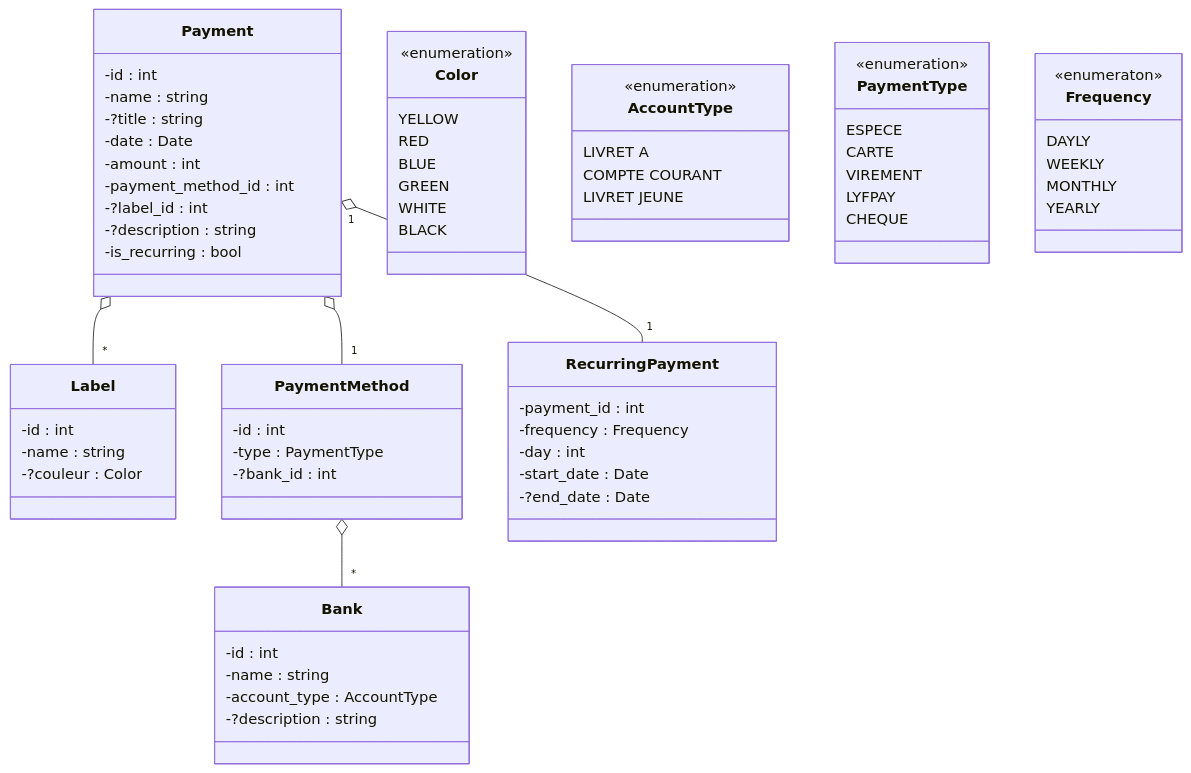
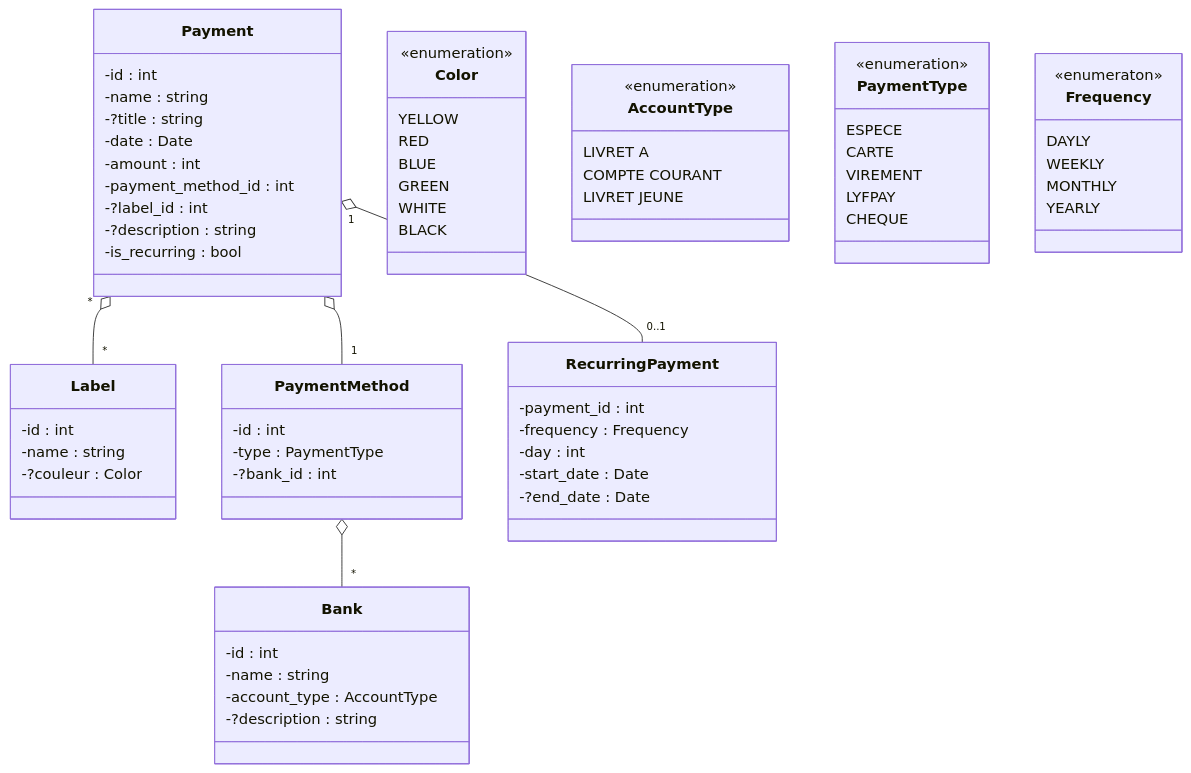
Before and after one commit to Actarus35/ActaBank: the diagram in backend/README.md, drawn with Mermaid. The commit also changed 8 other files, not shown here.

````diff
--- a/backend/README.md
+++ b/backend/README.md
@@ -5,78 +5,78 @@
 ```mermaid
 classDiagram
-    Payment o-- "*" Label
+    Payment "*" o-- "*" Label
     Payment o-- "1" PaymentMethod
     PaymentMethod o-- "*" Bank
-    Payment "1" o-- "1" RecurringPayment
+    Payment "1" o-- "0..1" RecurringPayment
     class Payment{
       -id : int
       -name : string
       -?title : string
       -date : Date
       -amount : int
       -payment_method_id : int
       -?label_id : int
       -?description : string
       -is_recurring : bool
     }
 
     class Label{
       -id : int
       -name : string
       -?couleur : Color
     }
     class PaymentMethod{
       -id : int
       -type : PaymentType
       -?bank_id : int
     }
 
     class Bank{
         -id : int
         -name : string
         -account_type : AccountType
         -?description : string
     }
 
     class RecurringPayment{
         -payment_id : int
         -frequency : Frequency
         -day : int
         -start_date : Date
         -?end_date : Date
     }
 
     class Color{
         <<enumeration>>
         YELLOW
         RED
         BLUE
         GREEN
         WHITE
         BLACK
     }
 
     class AccountType{
         <<enumeration>>
         LIVRET A
         COMPTE COURANT
         LIVRET JEUNE
     }
 
     class PaymentType{
         <<enumeration>>
         ESPECE
         CARTE
         VIREMENT
         LYFPAY
         CHEQUE
     }
 
     class Frequency{
         <<enumeraton>>
         DAYLY
         WEEKLY
         MONTHLY
         YEARLY
     }
 ```
````
